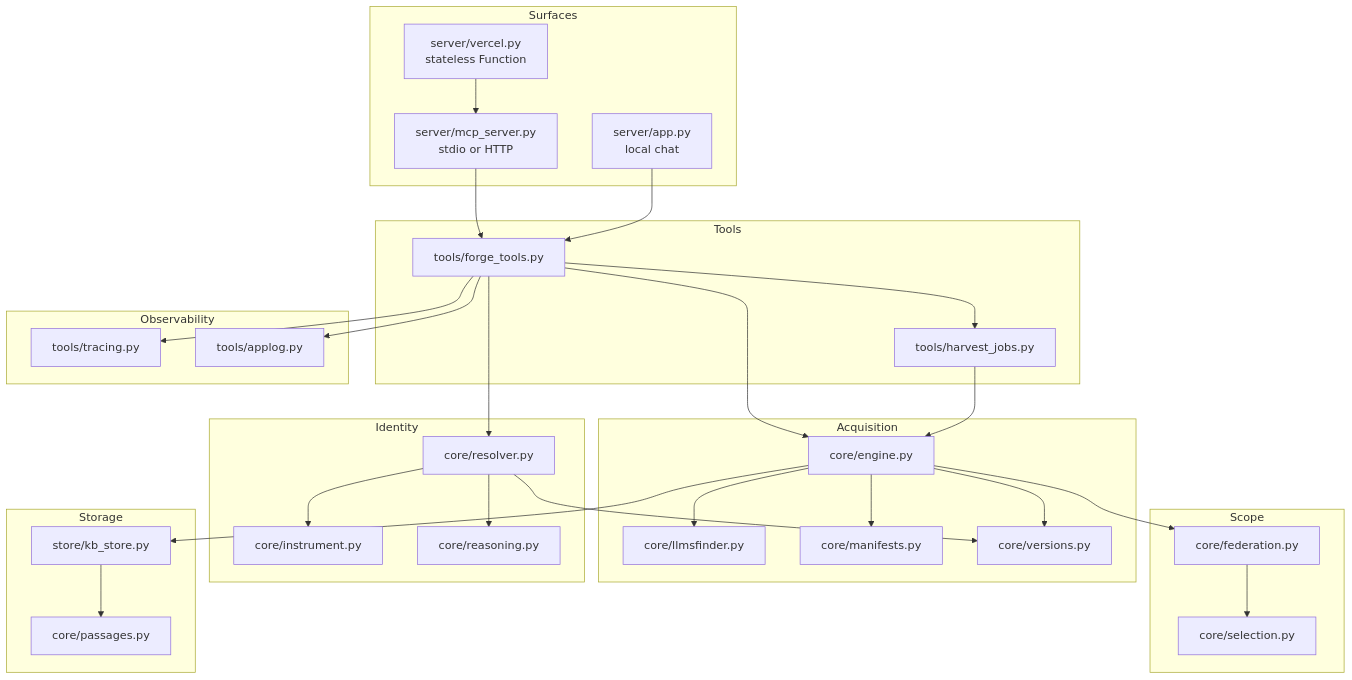
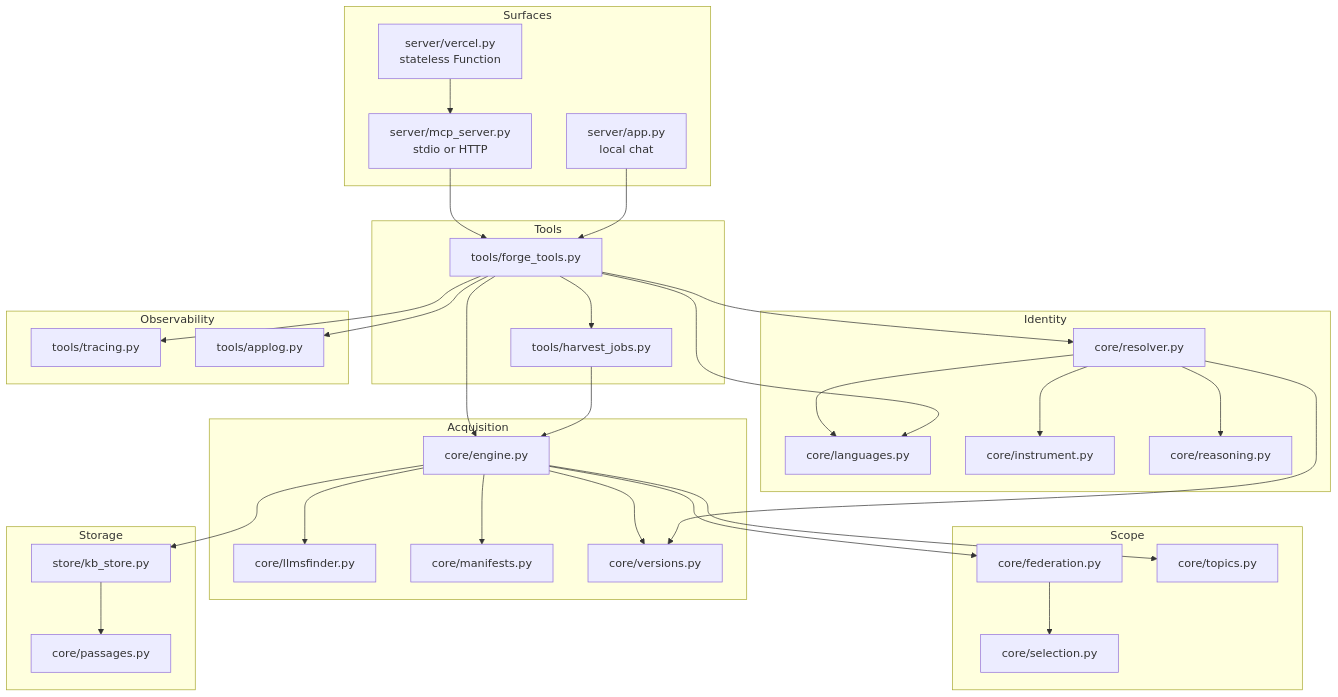
Before and after one commit to R204570/DocsForge: the second of 8 diagrams in System Files/Architecture.md, drawn with Mermaid. The commit also changed other lines of this file and 5 other files, not shown here.

````diff
--- a/System Files/Architecture.md
+++ b/System Files/Architecture.md
@@ -91,54 +99,59 @@
 ```mermaid
 graph TD
   subgraph Surfaces
     MCPS["server/mcp_server.py<br/>stdio or HTTP"]
     VER["server/vercel.py<br/>stateless Function"]
     APP["server/app.py<br/>local chat"]
   end
   subgraph Tools
     FT["tools/forge_tools.py"]
     HJ["tools/harvest_jobs.py"]
   end
   subgraph Acquisition
     DF["core/engine.py"]
     LF["core/llmsfinder.py"]
     MAN["core/manifests.py"]
     VS["core/versions.py"]
   end
   subgraph Identity
     RES["core/resolver.py"]
+    LANG["core/languages.py"]
     INST["core/instrument.py"]
     REA["core/reasoning.py"]
   end
   subgraph Scope
     FED["core/federation.py"]
     SEL["core/selection.py"]
+    TOP["core/topics.py"]
   end
   subgraph Storage
     KB["store/kb_store.py"]
     PAS["core/passages.py"]
   end
   subgraph Observability
     TR["tools/tracing.py"]
     AL["tools/applog.py"]
   end
   VER --> MCPS
   MCPS --> FT
   APP --> FT
   FT --> HJ
   FT --> DF
   FT --> RES
   FT --> TR
   FT --> AL
   HJ --> DF
   DF --> LF
   DF --> MAN
   DF --> VS
   DF --> FED
   RES --> INST
   RES --> REA
   RES --> VS
+  RES --> LANG
+  FT --> LANG
+  DF --> TOP
   FED --> SEL
   DF --> KB
   KB --> PAS
 ```
````
